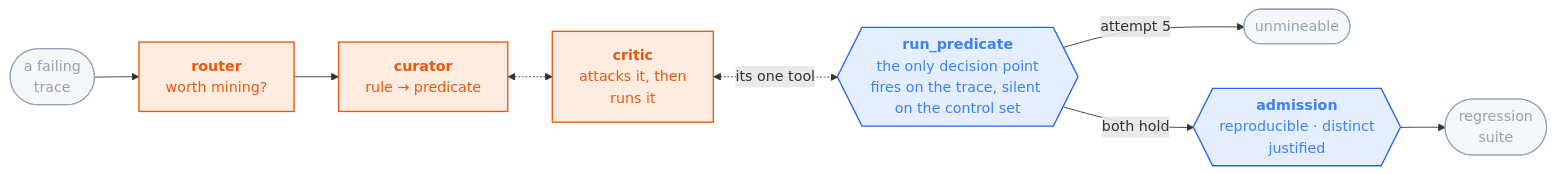
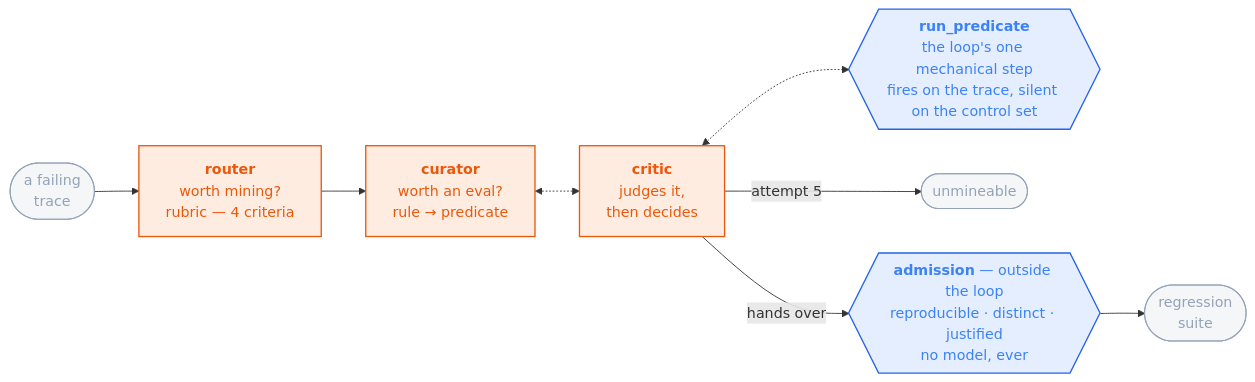
The diagram in README.md (sandeepyadav1478/touchstone), drawn with Mermaid before and after one commit. The commit also changed other lines of this file and 6 other files, not shown here.

First line of the commit message:
D-086: the critic decides, the rubric gets criteria, admission leaves the loop

````diff
--- a/README.md
+++ b/README.md
@@ -77,17 +80,17 @@
 ```mermaid
 flowchart LR
-  T(["a failing<br/>trace"]) --> R["<b>router</b><br/>worth mining?"]
-  R --> CU["<b>curator</b><br/>rule → predicate"]
-  CU <-.-> CR["<b>critic</b><br/>attacks it, then<br/>runs it"]
-  CR <-. "its one tool" .-> RP{{"<b>run_predicate</b><br/>the only decision point<br/>fires on the trace, silent on the control set"}}
-  RP -->|"attempt 5"| U(["unmineable"])
-  RP -->|"both hold"| AD{{"<b>admission</b><br/>reproducible · distinct<br/>justified"}}
+  T(["a failing<br/>trace"]) --> R["<b>router</b><br/>worth mining?<br/>rubric — 4 criteria"]
+  R --> CU["<b>curator</b><br/>worth an eval?<br/>rule → predicate"]
+  CU <-.-> CR["<b>critic</b><br/>judges it,<br/>then decides"]
+  CR <-.-> RP{{"<b>run_predicate</b><br/>the loop's one mechanical step<br/>fires on the trace, silent on the control set"}}
+  CR -->|"attempt 5"| U(["unmineable"])
+  CR -->|"hands over"| AD{{"<b>admission</b> — outside the loop<br/>reproducible · distinct · justified<br/>no model, ever"}}
   AD --> S(["regression<br/>suite"])
 
   classDef m fill:#f9731622,stroke:#ea580c,stroke-width:1.5px,color:#ea580c
   classDef d fill:#3b82f622,stroke:#2563eb,stroke-width:1.5px,color:#3b82f6
   classDef io fill:#94a3b81a,stroke:#94a3b8,stroke-width:1.2px,color:#94a3b8
   class R,CU,CR m
   class RP,AD d
   class T,S,U io
 ```
````
